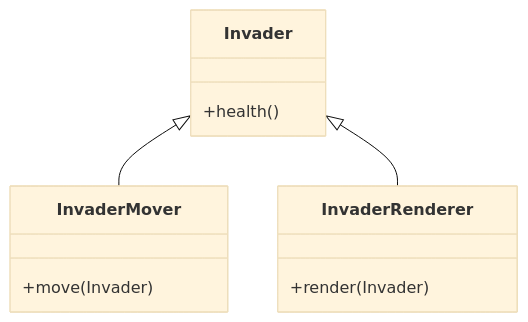
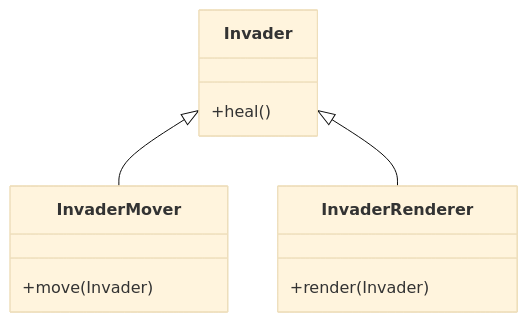
One commit to kumojin/clean-code-presentation changed the second of 5 diagrams in slides.md. Above: the diagram before and after it, drawn with Mermaid (base theme). The commit also changed other lines of this file, not shown here.

````diff
--- a/slides.md
+++ b/slides.md
@@ -104,14 +107,14 @@
 ```mermaid
 classDiagram
   Invader <|-- InvaderMover
   Invader <|-- InvaderRenderer
   class Invader {
-      +health()
+      +heal()
   }
   class InvaderMover {
       +move(Invader)
   }
   class InvaderRenderer {
       +render(Invader)
   }
 ```
````
